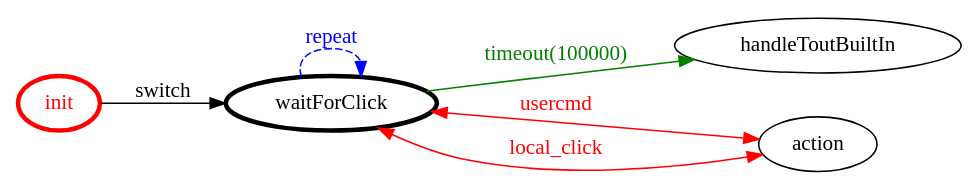
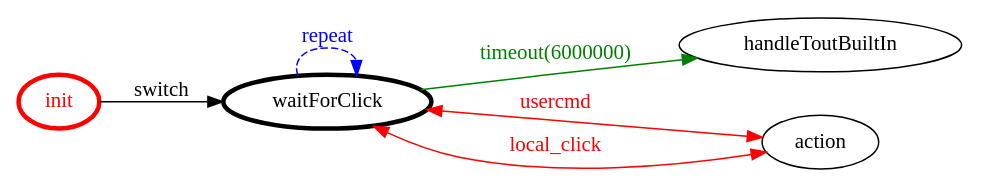
Before and after one commit to anatali/lss0: the diagram in it.unibo.qa.nodeserver/srcMore/it/unibo/qacontrolcustom/qacontrolcustom.gv, drawn with Graphviz. The commit also changed 6605 other files, not shown here.

```diff
--- a/it.unibo.qa.nodeserver/srcMore/it/unibo/qacontrolcustom/qacontrolcustom.gv
+++ b/it.unibo.qa.nodeserver/srcMore/it/unibo/qacontrolcustom/qacontrolcustom.gv
@@ -1,20 +1,20 @@
 /*
 *
 * A GraphViz DOT FSM description 
 * Please use a GraphViz visualizer (like http://www.webgraphviz.com)
 *  
 */
 
 digraph finite_state_machine {
 	rankdir=LR
 	size="8,5"
 	
 	init [ color = red ][ fontcolor = red ][ penwidth = 3 ]
 	waitForClick [ color = black ][ fontcolor = black ][ penwidth = 3 ]
 	
-	waitForClick -> handleToutBuiltIn [ label = "timeout(100000)" ][ color = green ][ fontcolor = green ]
+	waitForClick -> handleToutBuiltIn [ label = "timeout(6000000)" ][ color = green ][ fontcolor = green ]
 	init -> waitForClick [ label = "switch" ][ color = black ][ fontcolor = black ]
 	waitForClick -> action [ label = "usercmd" ][ color = red ][ fontcolor = red ][ dir = both ]
 	waitForClick -> waitForClick [ label = "repeat "][ style = dashed ][ color = blue ][ fontcolor = blue ]
 	waitForClick -> action [ label = "local_click" ][ color = red ][ fontcolor = red ][ dir = both ]
 }
```
